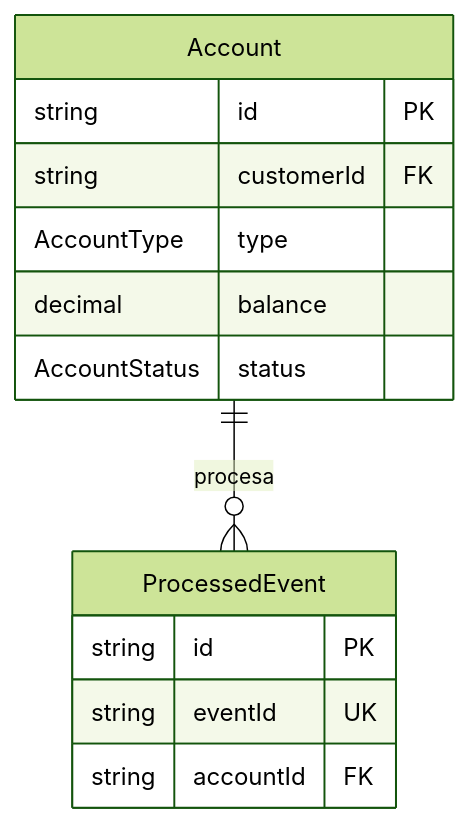
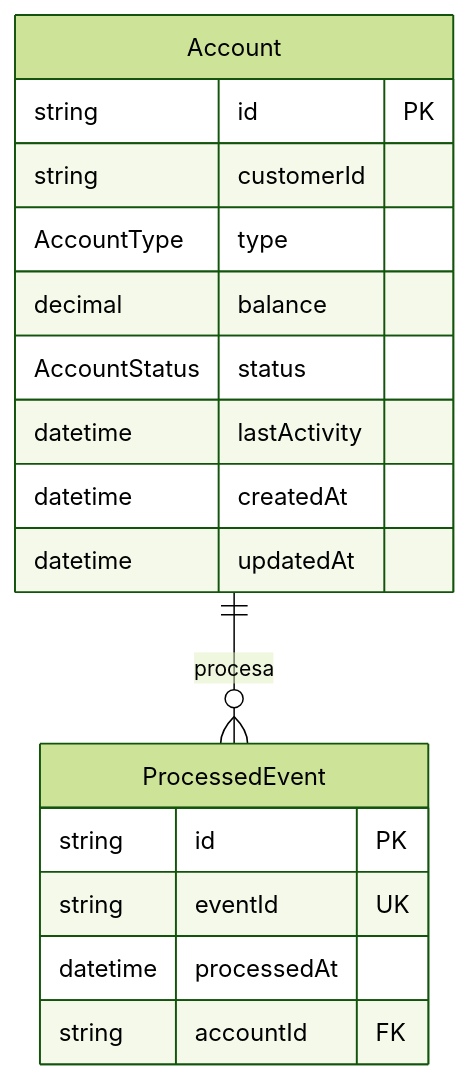
The second of 5 diagrams in Docs/domain/domain-model.md (GaryAlexAC/Proyecto-SA-B-11), drawn with Mermaid (forest theme) before and after one commit. The commit also changed other lines of this file, not shown here.

````diff
--- a/Docs/domain/domain-model.md
+++ b/Docs/domain/domain-model.md
@@ -52,16 +83,20 @@
 ```mermaid
 erDiagram
     Account {
         string id PK
-        string customerId FK
+        string customerId
         AccountType type
         decimal balance
         AccountStatus status
+        datetime lastActivity
+        datetime createdAt
+        datetime updatedAt
     }
     ProcessedEvent {
         string id PK
         string eventId UK
+        datetime processedAt
         string accountId FK
     }
     Account ||--o{ ProcessedEvent : "procesa"
 ```
````
